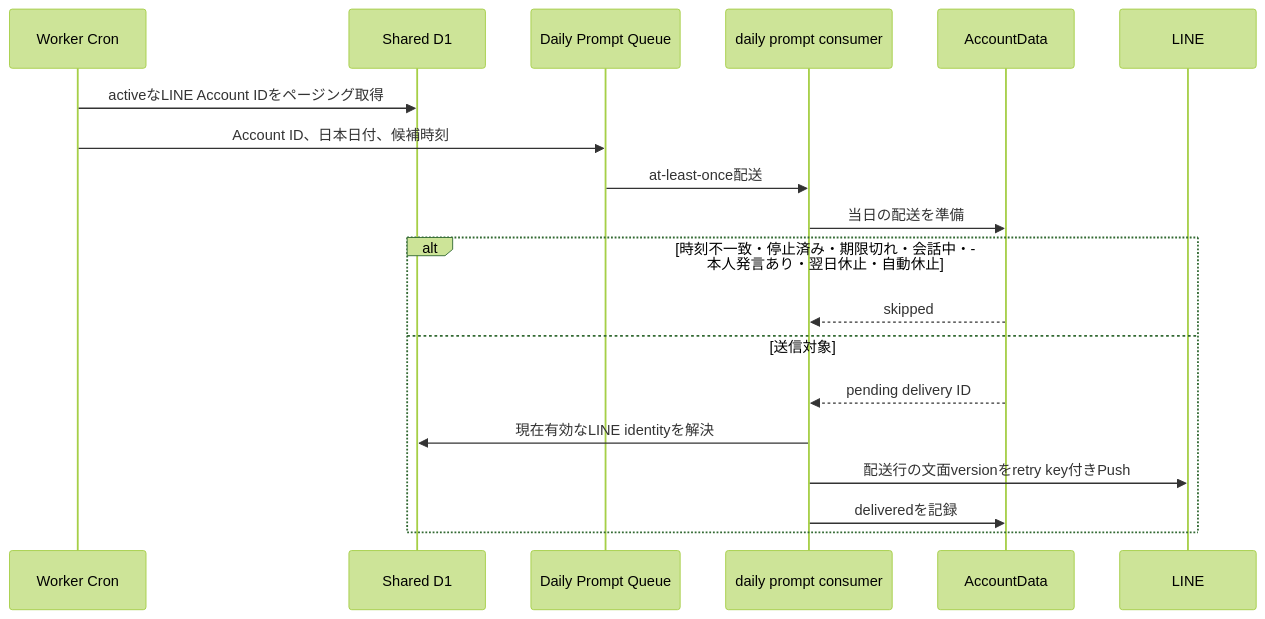
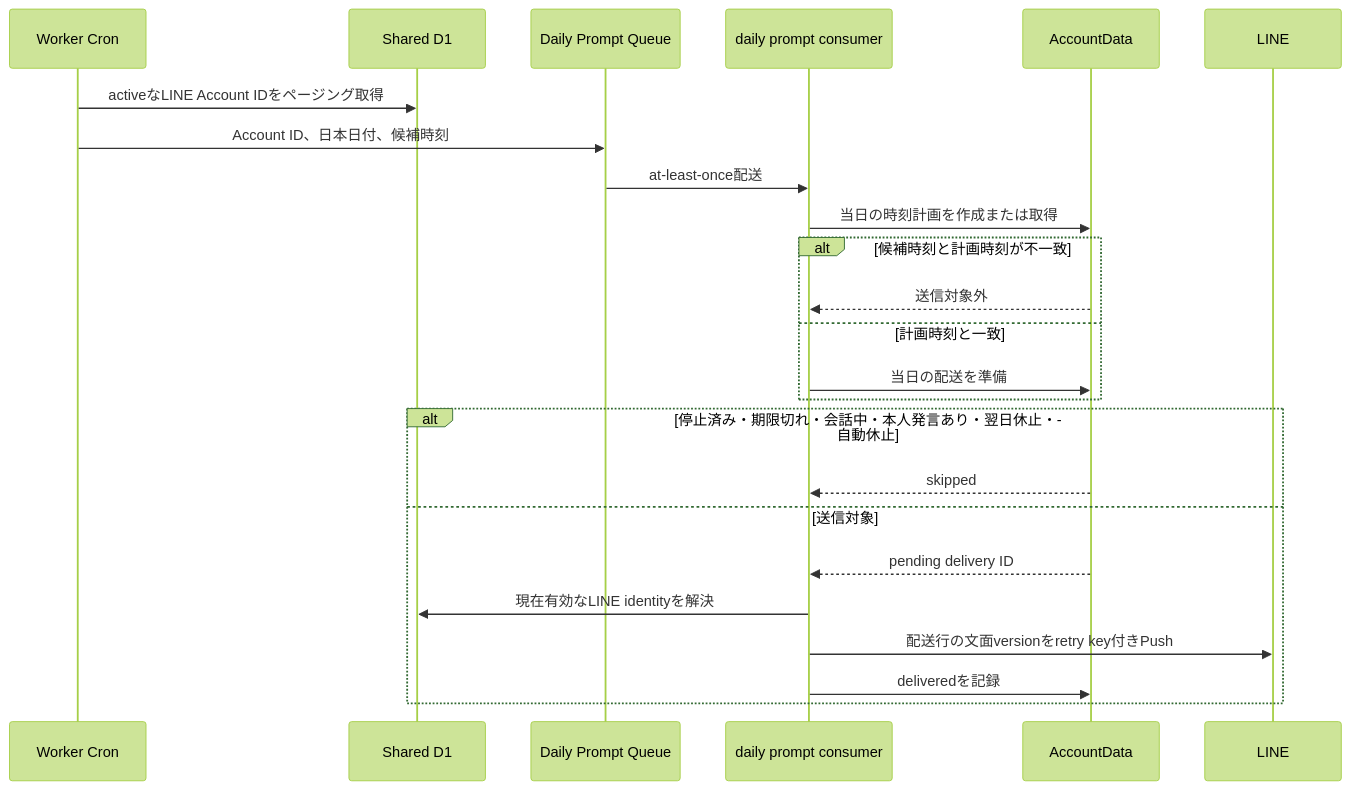
Before and after one commit to kkyosuke/me-builder: the third of 10 diagrams in docs/architecture/diary-chat-implementation-design.md, drawn with Mermaid (forest theme). The commit also changed other lines of this file and 18 other files, not shown here.

````diff
--- a/docs/architecture/diary-chat-implementation-design.md
+++ b/docs/architecture/diary-chat-implementation-design.md
@@ -147,21 +147,26 @@
 ```mermaid
 sequenceDiagram
     participant C as Worker Cron
     participant D1 as Shared D1
     participant Q as Daily Prompt Queue
     participant W as daily prompt consumer
     participant AD as AccountData
     participant L as LINE
     C->>D1: activeなLINE Account IDをページング取得
     C->>Q: Account ID、日本日付、候補時刻
     Q->>W: at-least-once配送
-    W->>AD: 当日の配送を準備
-    alt 時刻不一致・停止済み・期限切れ・会話中・本人発言あり・翌日休止・自動休止
+    W->>AD: 当日の時刻計画を作成または取得
+    alt 候補時刻と計画時刻が不一致
+        AD-->>W: 送信対象外
+    else 計画時刻と一致
+        W->>AD: 当日の配送を準備
+    end
+    alt 停止済み・期限切れ・会話中・本人発言あり・翌日休止・自動休止
         AD-->>W: skipped
     else 送信対象
         AD-->>W: pending delivery ID
         W->>D1: 現在有効なLINE identityを解決
         W->>L: 配送行の文面versionをretry key付きPush
         W->>AD: deliveredを記録
     end
 ```
````
